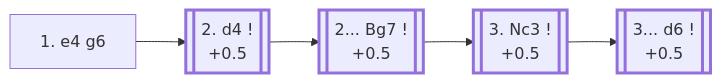
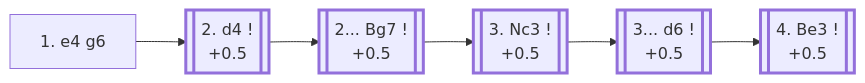
One commit to onclemarcel/chess_flashcards changed the diagram in e4_openings/B06_Modern_Defense.md. Above: the diagram before and after it, drawn with Mermaid. The commit also changed other lines of this file and 9 other files, not shown here.

````diff
--- a/e4_openings/B06_Modern_Defense.md
+++ b/e4_openings/B06_Modern_Defense.md
@@ -12,19 +12,22 @@
 ```mermaid
 flowchart LR
     classDef main stroke-width:3px;
 
     g6["1. e4 g6"]
     click g6 "#_initial_move_" "B06 · Modern Defense"
 
     g6 --> d4[["2. d4 !<br/>+0.5"]]:::main
     click d4 "#_d4_" "B06 · Modern Defense"
 
     d4 --> Bg7[["2... Bg7 !<br/>+0.5"]]:::main
     click Bg7 "#_Bg7_" "B06 · Modern Defense"
 
     Bg7 --> Nc3[["3. Nc3 !<br/>+0.5"]]:::main
     click Nc3 "#_Nc3_" "B06 · Modern Defense"
 
     Nc3 --> d6[["3... d6 !<br/>+0.5"]]:::main
     click d6 "#_d6_" "B06 · Modern Defense: Standard Line"
+
+    d6 --> Be3m[["4. Be3 !<br/>+0.5"]]:::main
+    click Be3m "#_Be3_" "B06 · Modern Defense: Standard Line"
 ```
````
